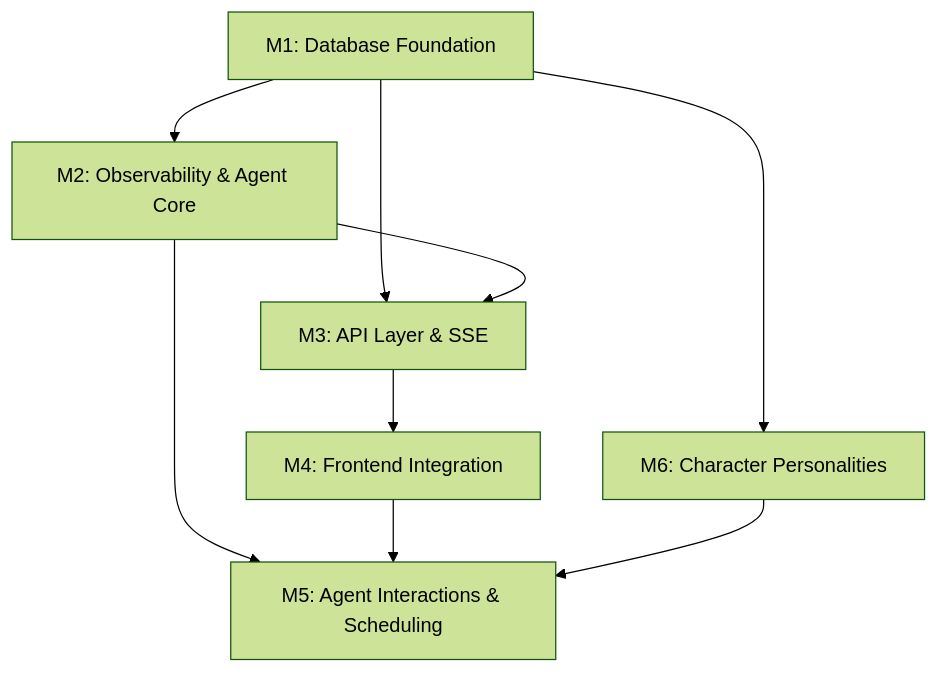
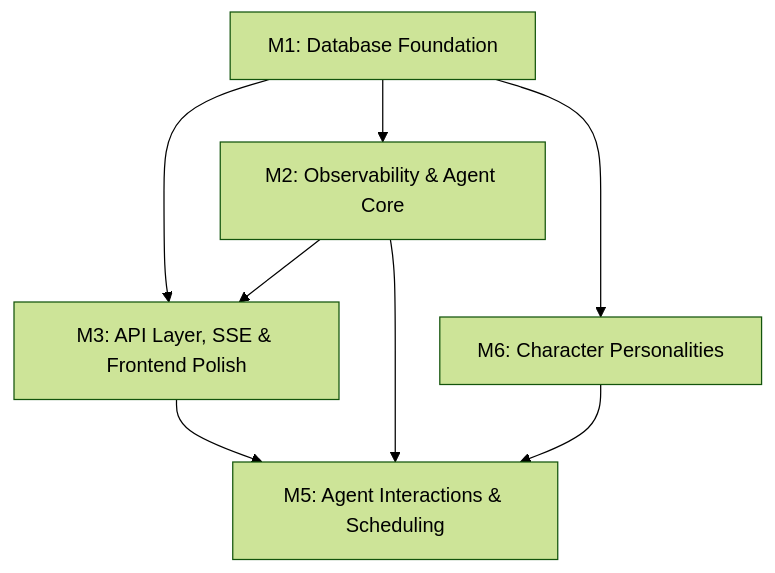
One commit to pedropaulovc/the-office changed the diagram in CLAUDE.md. Above: the diagram before and after it, drawn with Mermaid (forest theme). The commit also changed other lines of this file and 2 other files, not shown here.

Commit message:
Merge M4 (Frontend Polish) into M3
- S-4.0 (Typing Indicators) merged into S-3.1 with full ACs and demo
- S-4.1 (Shim Cleanup) becomes S-3.2
- Deleted milestone-4-frontend-polish.md
- Updated CLAUDE.md milestone table and dependency graph

````diff
--- a/CLAUDE.md
+++ b/CLAUDE.md
@@ -51,11 +51,10 @@
 ```mermaid
 graph TD
     M1[M1: Database Foundation] --> M2[M2: Observability & Agent Core]
-    M1 --> M3[M3: API Layer & SSE]
+    M1 --> M3[M3: API Layer, SSE & Frontend Polish]
     M2 --> M3
-    M3 --> M4[M4: Frontend Integration]
-    M2 --> M5[M5: Agent Interactions & Scheduling]
-    M4 --> M5
+    M3 --> M5[M5: Agent Interactions & Scheduling]
+    M2 --> M5
     M1 --> M6[M6: Character Personalities]
     M6 --> M5
 ```
````
